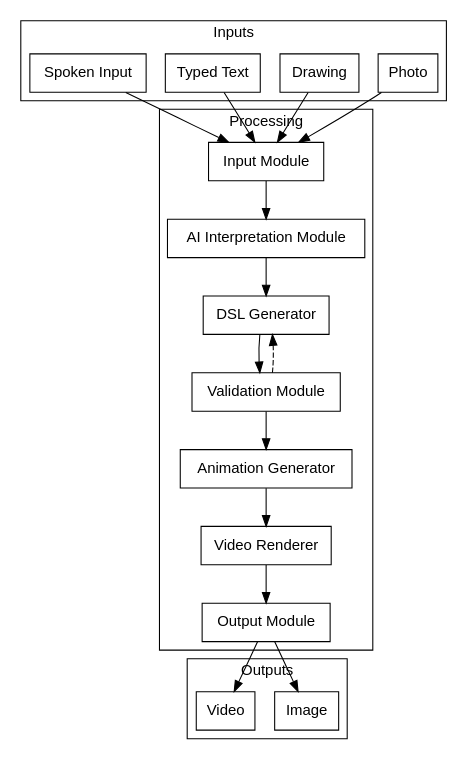
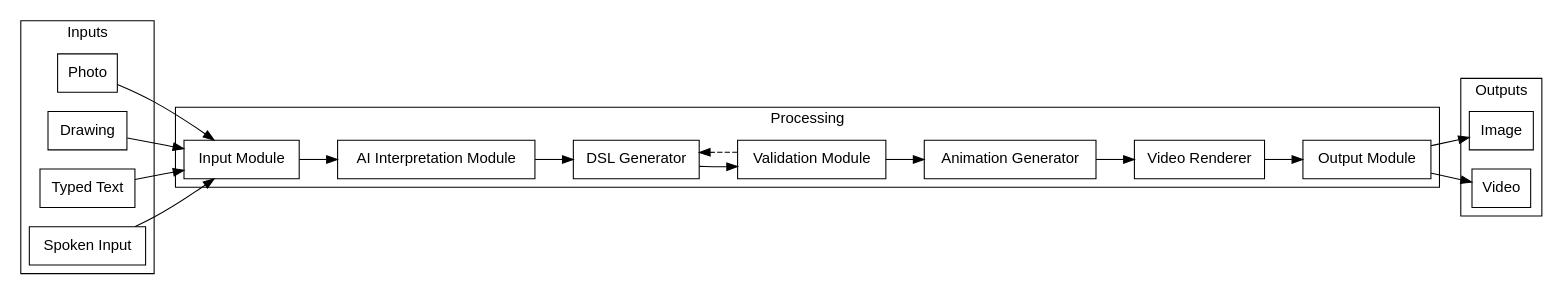
Before and after one commit to romilly/mcp-svg-animator: the diagram in plan/diagrams/patent-diagram.dot, drawn with Graphviz. The commit also changed 3 other files, not shown here.

```diff
--- a/plan/diagrams/patent-diagram.dot
+++ b/plan/diagrams/patent-diagram.dot
@@ -1,71 +1,71 @@
 digraph PatentDiagram {
-    rankdir=TB;
+    rankdir=LR;
     bgcolor="white";
     
     node [
         shape=box,
         style="filled",
         fillcolor="white",
         color="black",
         fontcolor="black",
         fontname="Helvetica"
     ];
     
     edge [
         color="black"
     ];
     
     subgraph cluster_inputs {
         label="Inputs";
         fontname="Helvetica";
         color="black";
         style="solid";
         
         photo [label="Photo"];
         drawing [label="Drawing"];
         text [label="Typed Text"];
         speech [label="Spoken Input"];
     }
     
     subgraph cluster_processing {
         label="Processing";
         fontname="Helvetica";
         color="black";
         style="solid";
         
         input_mod [label="Input Module"];
         ai_interp [label="AI Interpretation Module"];
         dsl_gen [label="DSL Generator"];
         validation [label="Validation Module"];
         anim_gen [label="Animation Generator"];
         video_render [label="Video Renderer"];
         output_mod [label="Output Module"];
     }
     
     subgraph cluster_outputs {
         label="Outputs";
         fontname="Helvetica";
         color="black";
         style="solid";
         
         image [label="Image"];
         video [label="Video"];
     }
     
     photo -> input_mod;
     drawing -> input_mod;
     text -> input_mod;
     speech -> input_mod;
     
     input_mod -> ai_interp;
     ai_interp -> dsl_gen;
     dsl_gen -> validation;
     validation -> anim_gen;
     anim_gen -> video_render;
     video_render -> output_mod;
     
     output_mod -> image;
     output_mod -> video;
     
     validation -> dsl_gen [style="dashed", constraint=false];
 }
```
